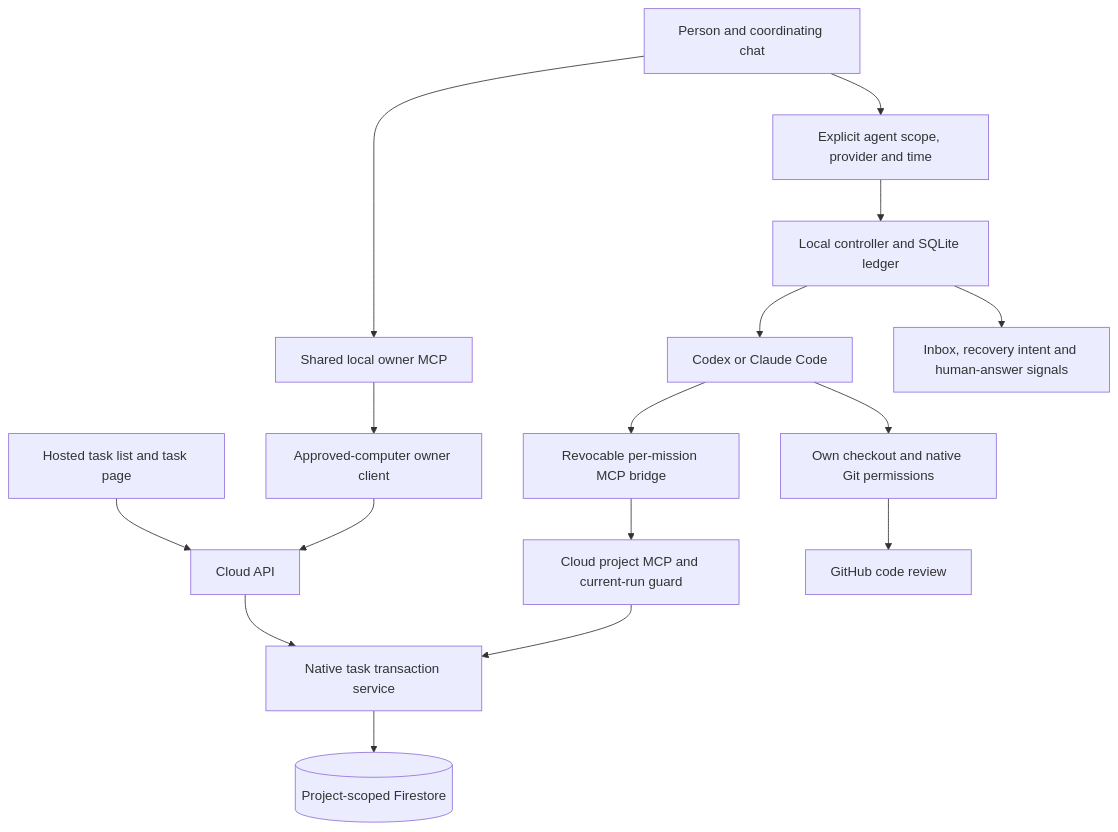
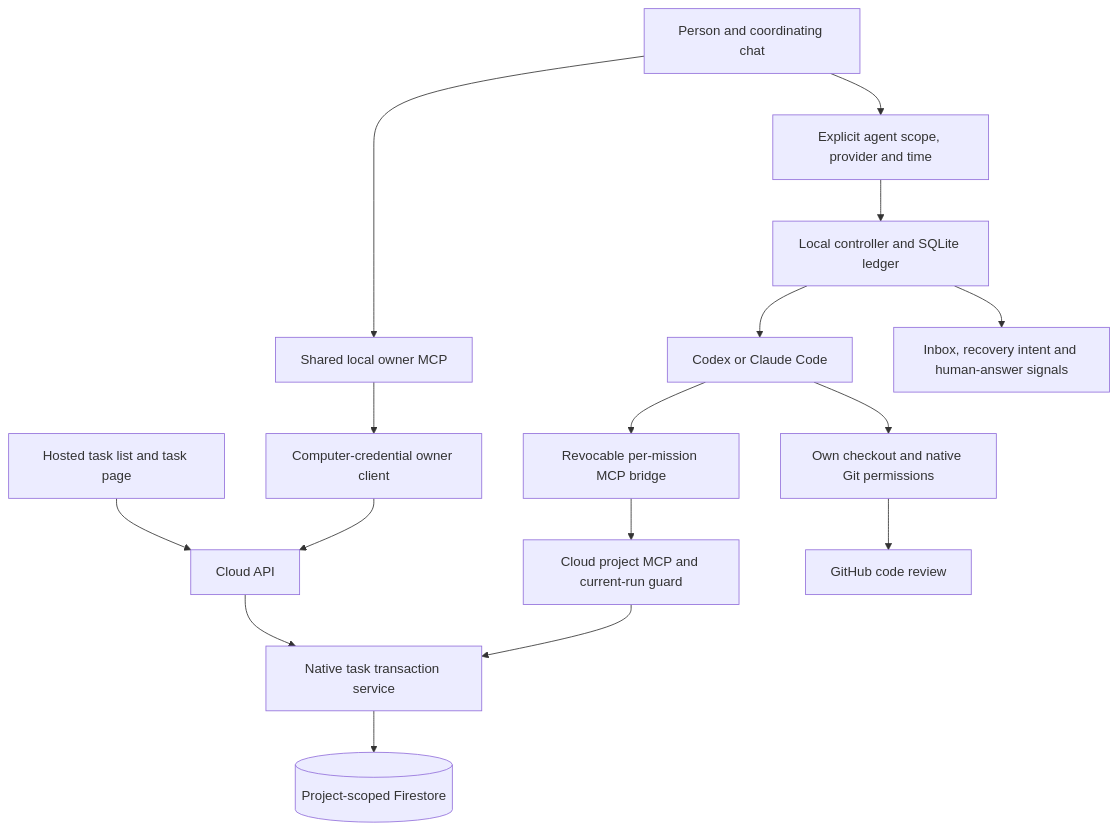
The first of 2 diagrams in docs/architecture/native-tasks.md (latent-spaces/minions), drawn with Mermaid before and after one commit. The commit also changed other lines of this file and 95 other files, not shown here.

````diff
--- a/docs/architecture/native-tasks.md
+++ b/docs/architecture/native-tasks.md
@@ -7,18 +7,18 @@
 ```mermaid
 flowchart TB
   Human[Person and coordinating chat] --> OwnerMCP[Shared local owner MCP]
   Hosted[Hosted task list and task page] --> API[Cloud API]
-  OwnerMCP --> OwnerHTTP[Approved-computer owner client]
+  OwnerMCP --> OwnerHTTP[Computer-credential owner client]
   OwnerHTTP --> API
   Human --> Approval[Explicit agent scope, provider and time]
   Approval --> Controller[Local controller and SQLite ledger]
   Controller --> Native[Codex or Claude Code]
   Native --> Bridge[Revocable per-mission MCP bridge]
   Bridge --> AgentMCP[Cloud project MCP and current-run guard]
   AgentMCP --> TaskService[Native task transaction service]
   API --> TaskService
   TaskService --> Firestore[(Project-scoped Firestore)]
   Controller --> Wait[Inbox, recovery intent and human-answer signals]
   Native --> Repo[Own checkout and native Git permissions]
   Repo --> GitHub[GitHub code review]
 ```
````
